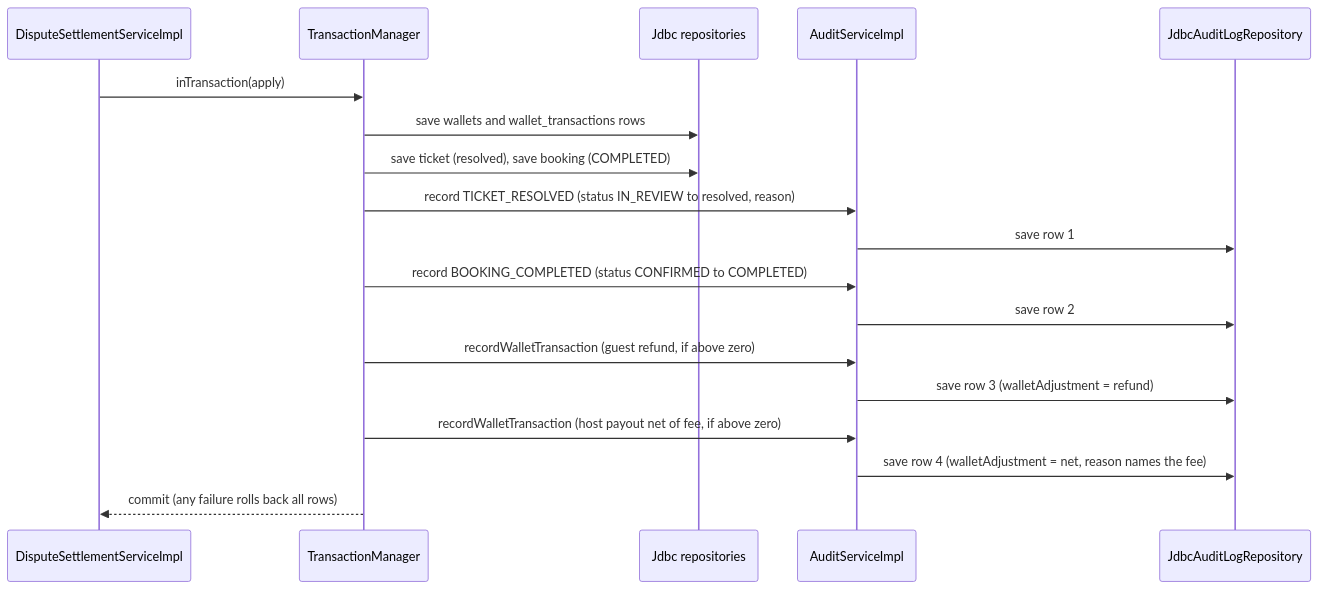
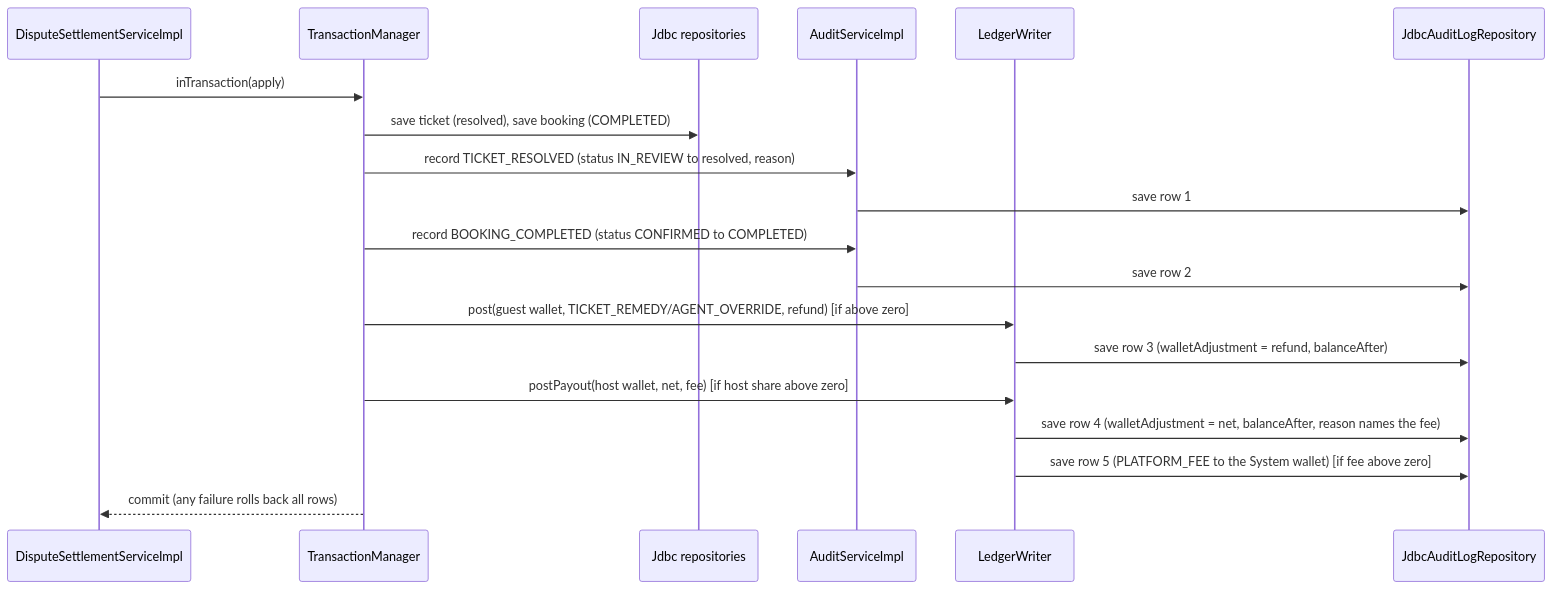
Before and after one commit to CS3227-2610-MP2-SnoozeShare/CS3227-2610-MP2: the fourth of 7 diagrams in docs/DeveloperGuide.md, drawn with Mermaid. The commit also changed other lines of this file and 2 other files, not shown here.

Commit message:
docs: W14 developer guide checkpoint (unified ledger)

````diff
--- a/docs/DeveloperGuide.md
+++ b/docs/DeveloperGuide.md
@@ -713,20 +722,21 @@
 ```mermaid
 sequenceDiagram
   participant DS as DisputeSettlementServiceImpl
   participant TM as TransactionManager
   participant R as Jdbc repositories
   participant AU as AuditServiceImpl
+  participant LW as LedgerWriter
   participant AL as JdbcAuditLogRepository
   DS->>TM: inTransaction(apply)
-  TM->>R: save wallets and wallet_transactions rows
   TM->>R: save ticket (resolved), save booking (COMPLETED)
   TM->>AU: record TICKET_RESOLVED (status IN_REVIEW to resolved, reason)
   AU->>AL: save row 1
   TM->>AU: record BOOKING_COMPLETED (status CONFIRMED to COMPLETED)
   AU->>AL: save row 2
-  TM->>AU: recordWalletTransaction (guest refund, if above zero)
-  AU->>AL: save row 3 (walletAdjustment = refund)
-  TM->>AU: recordWalletTransaction (host payout net of fee, if above zero)
-  AU->>AL: save row 4 (walletAdjustment = net, reason names the fee)
+  TM->>LW: post(guest wallet, TICKET_REMEDY/AGENT_OVERRIDE, refund) [if above zero]
+  LW->>AL: save row 3 (walletAdjustment = refund, balanceAfter)
+  TM->>LW: postPayout(host wallet, net, fee) [if host share above zero]
+  LW->>AL: save row 4 (walletAdjustment = net, balanceAfter, reason names the fee)
+  LW->>AL: save row 5 (PLATFORM_FEE to the System wallet) [if fee above zero]
   TM-->>DS: commit (any failure rolls back all rows)
 ```
````
